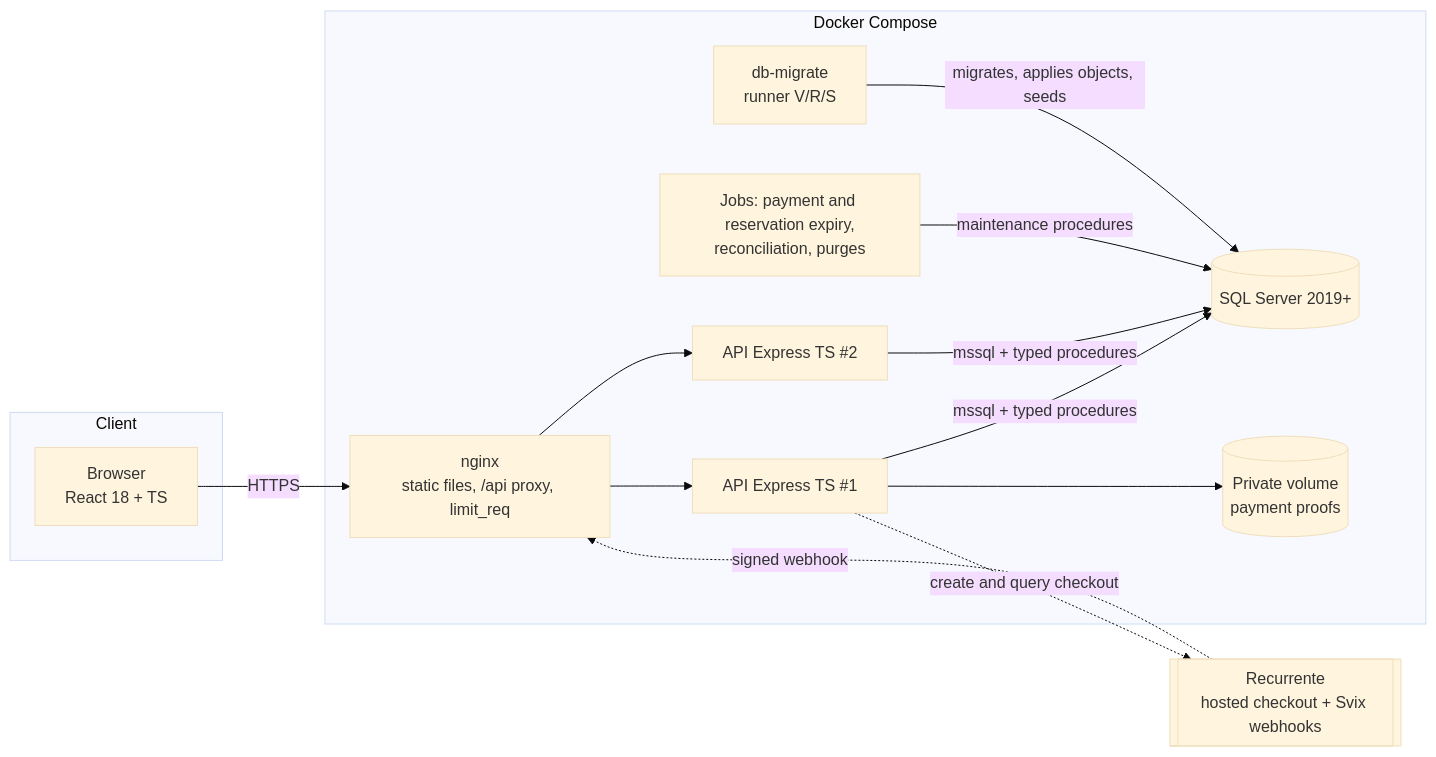
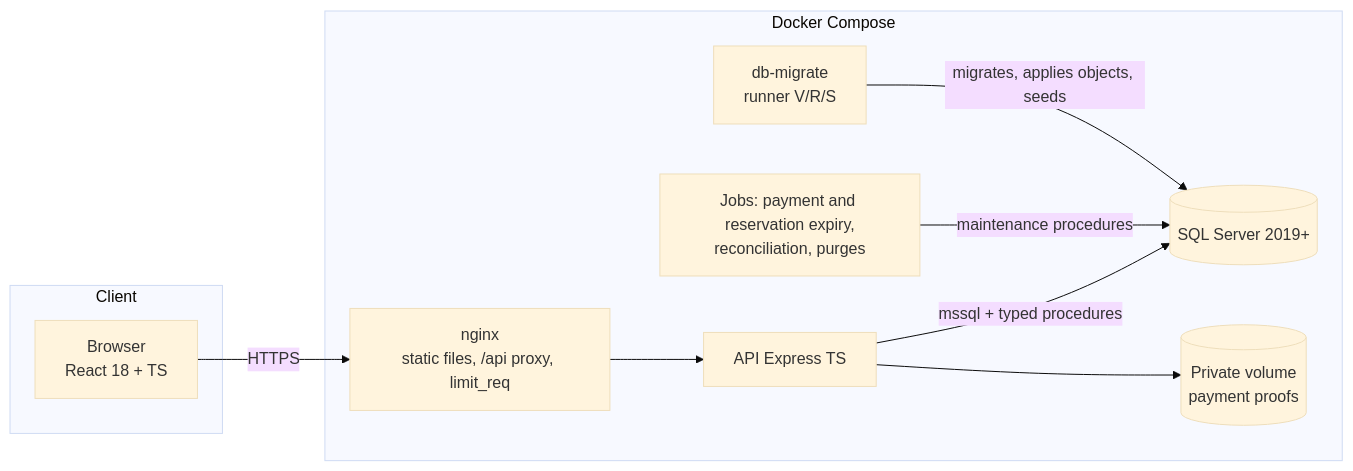
The first of 4 diagrams in docs/architecture/02-hld.md (RedeArmy/bakery-shopcart-ecommerce), drawn with Mermaid (base theme) before and after one commit. The commit also changed other lines of this file and 28 other files, not shown here.

First line of the commit message:
docs: verify the delivery with Postman, align the architecture and rename the bakery (#42)

````diff
--- a/docs/architecture/02-hld.md
+++ b/docs/architecture/02-hld.md
@@ -5,26 +5,20 @@
 ```mermaid
 flowchart LR
   subgraph Client
     B[Browser<br/>React 18 + TS]
   end
   subgraph Docker Compose
     N[nginx<br/>static files, /api proxy, limit_req]
-    A1[API Express TS #1]
-    A2[API Express TS #2]
+    A[API Express TS]
     J[Jobs: payment and reservation expiry,<br/>reconciliation, purges]
     DB[(SQL Server 2019+)]
     V[(Private volume<br/>payment proofs)]
     M[db-migrate<br/>runner V/R/S]
   end
-  R[[Recurrente<br/>hosted checkout + Svix webhooks]]
   B -->|HTTPS| N
-  N --> A1
-  N --> A2
-  A1 -->|mssql + typed procedures| DB
-  A2 -->|mssql + typed procedures| DB
-  A1 --> V
+  N --> A
+  A -->|mssql + typed procedures| DB
+  A --> V
   J -->|maintenance procedures| DB
-  A1 -.->|create and query checkout| R
-  R -.->|signed webhook| N
   M -->|migrates, applies objects, seeds| DB
 ```
````
